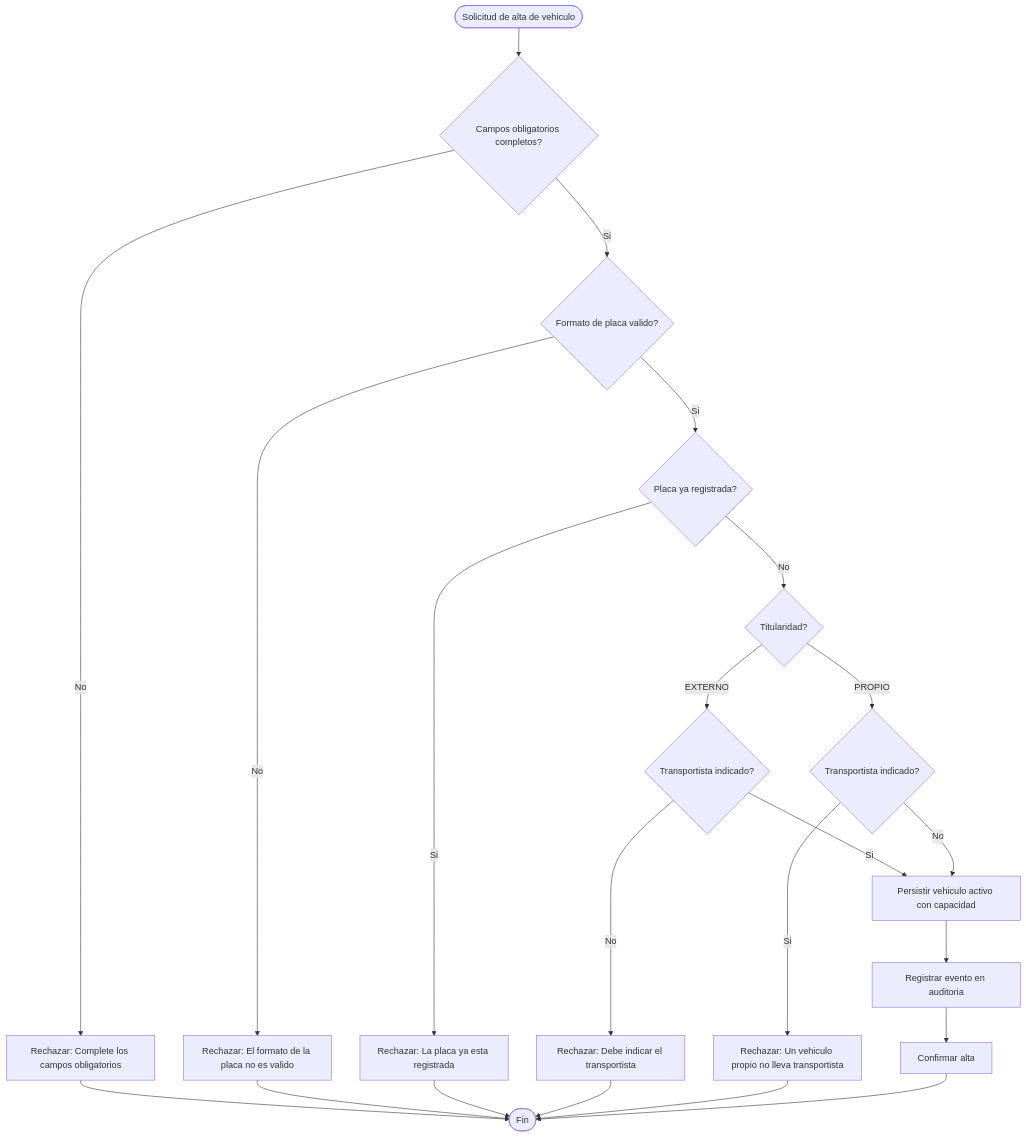
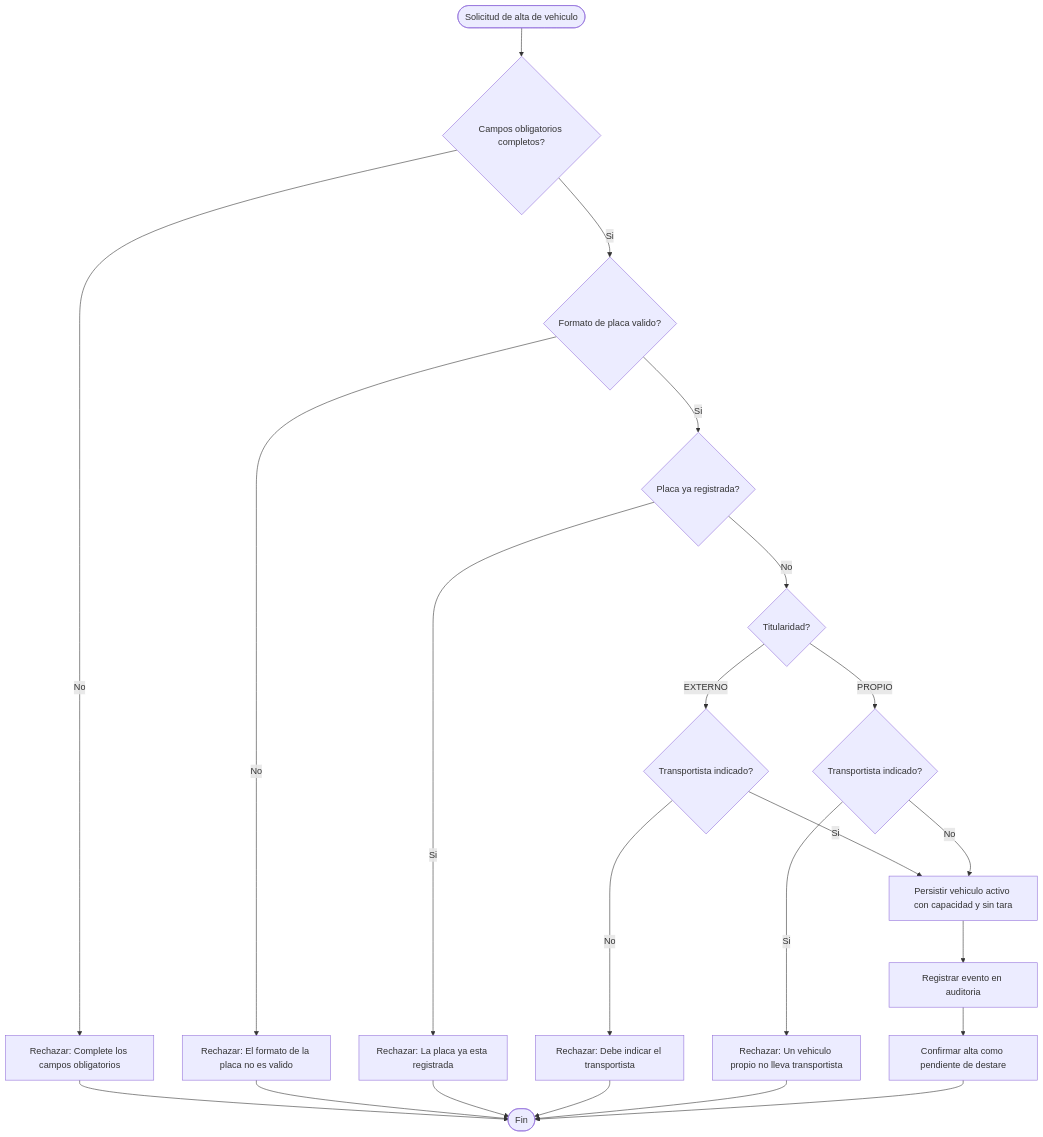
The first of 3 diagrams in docs/modulos/M02-catalogo/diagramas/actividades.md (adlerOmonte1/LogisticaMinera), drawn with Mermaid before and after one commit. The commit also changed other lines of this file and 91 other files, not shown here.

````diff
--- a/docs/modulos/M02-catalogo/diagramas/actividades.md
+++ b/docs/modulos/M02-catalogo/diagramas/actividades.md
@@ -5,24 +5,24 @@
 ```mermaid
 flowchart TD
     Start([Solicitud de alta de vehiculo]) --> V1{Campos obligatorios completos?}
     V1 -->|No| E1[Rechazar: Complete los campos obligatorios]
     E1 --> Fin([Fin])
     V1 -->|Si| V2{Formato de placa valido?}
     V2 -->|No| E2[Rechazar: El formato de la placa no es valido]
     E2 --> Fin
     V2 -->|Si| V3{Placa ya registrada?}
     V3 -->|Si| E3[Rechazar: La placa ya esta registrada]
     E3 --> Fin
     V3 -->|No| V4{Titularidad?}
     V4 -->|EXTERNO| V5{Transportista indicado?}
     V5 -->|No| E4[Rechazar: Debe indicar el transportista]
     E4 --> Fin
-    V5 -->|Si| P1[Persistir vehiculo activo con capacidad]
+    V5 -->|Si| P1[Persistir vehiculo activo con capacidad y sin tara]
     V4 -->|PROPIO| V6{Transportista indicado?}
     V6 -->|Si| E5[Rechazar: Un vehiculo propio no lleva transportista]
     E5 --> Fin
     V6 -->|No| P1
     P1 --> A1[Registrar evento en auditoria]
-    A1 --> C1[Confirmar alta]
+    A1 --> C1[Confirmar alta como pendiente de destare]
     C1 --> Fin
 ```
````
